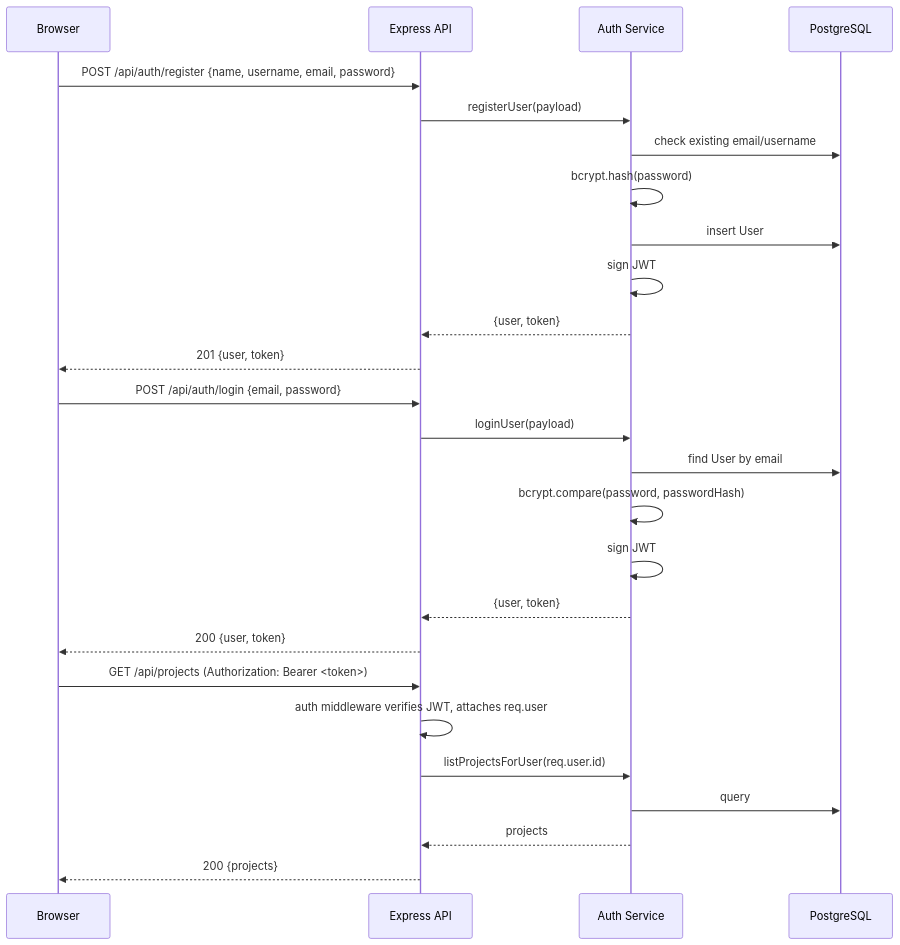
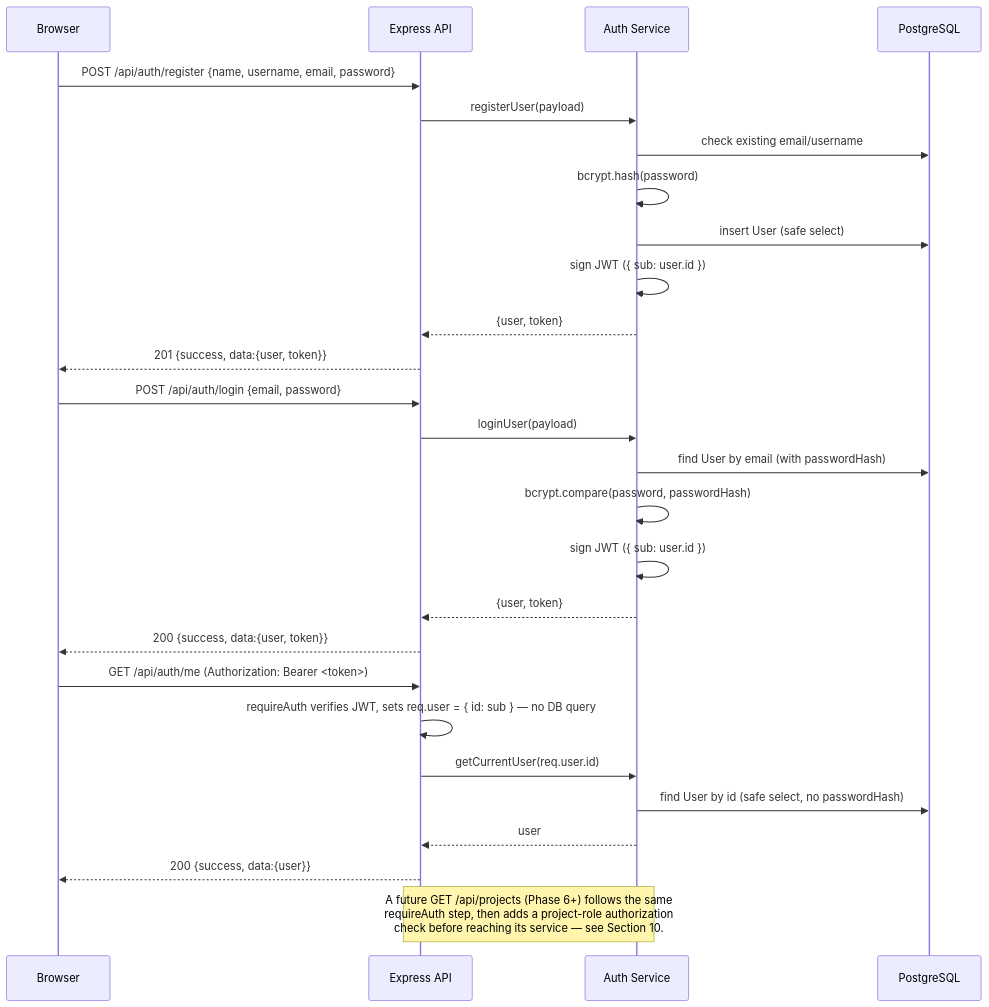
The third of 5 diagrams in Task3/docs/ARCHITECTURE.md (harsha282004/CodeAlpha_FullStack_Internship), drawn with Mermaid before and after one commit. The commit also changed other lines of this file and 13 other files, not shown here.

````diff
--- a/Task3/docs/ARCHITECTURE.md
+++ b/Task3/docs/ARCHITECTURE.md
@@ -161,31 +184,33 @@
 ```mermaid
 sequenceDiagram
     participant B as Browser
     participant A as Express API
     participant S as Auth Service
     participant DB as PostgreSQL
 
     B->>A: POST /api/auth/register {name, username, email, password}
     A->>S: registerUser(payload)
     S->>DB: check existing email/username
     S->>S: bcrypt.hash(password)
-    S->>DB: insert User
-    S->>S: sign JWT
+    S->>DB: insert User (safe select)
+    S->>S: sign JWT ({ sub: user.id })
     S-->>A: {user, token}
-    A-->>B: 201 {user, token}
+    A-->>B: 201 {success, data:{user, token}}
 
     B->>A: POST /api/auth/login {email, password}
     A->>S: loginUser(payload)
-    S->>DB: find User by email
+    S->>DB: find User by email (with passwordHash)
     S->>S: bcrypt.compare(password, passwordHash)
-    S->>S: sign JWT
+    S->>S: sign JWT ({ sub: user.id })
     S-->>A: {user, token}
-    A-->>B: 200 {user, token}
+    A-->>B: 200 {success, data:{user, token}}
 
-    B->>A: GET /api/projects (Authorization: Bearer <token>)
-    A->>A: auth middleware verifies JWT, attaches req.user
-    A->>S: listProjectsForUser(req.user.id)
-    S->>DB: query
-    S-->>A: projects
-    A-->>B: 200 {projects}
+    B->>A: GET /api/auth/me (Authorization: Bearer <token>)
+    A->>A: requireAuth verifies JWT, sets req.user = { id: sub } — no DB query
+    A->>S: getCurrentUser(req.user.id)
+    S->>DB: find User by id (safe select, no passwordHash)
+    S-->>A: user
+    A-->>B: 200 {success, data:{user}}
+
+    Note over A,S: A future GET /api/projects (Phase 6+) follows the same<br/>requireAuth step, then adds a project-role authorization<br/>check before reaching its service — see Section 10.
 ```
````
